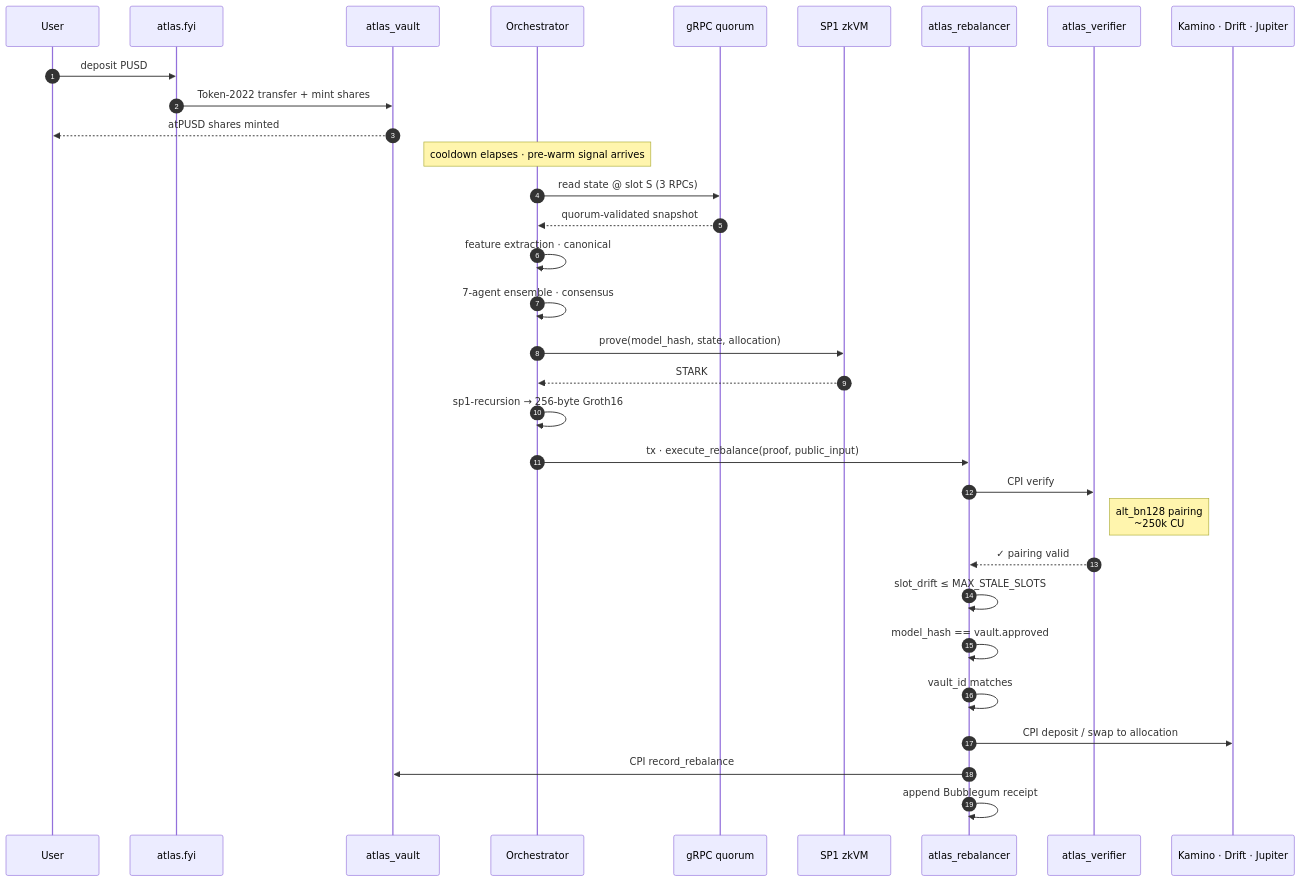
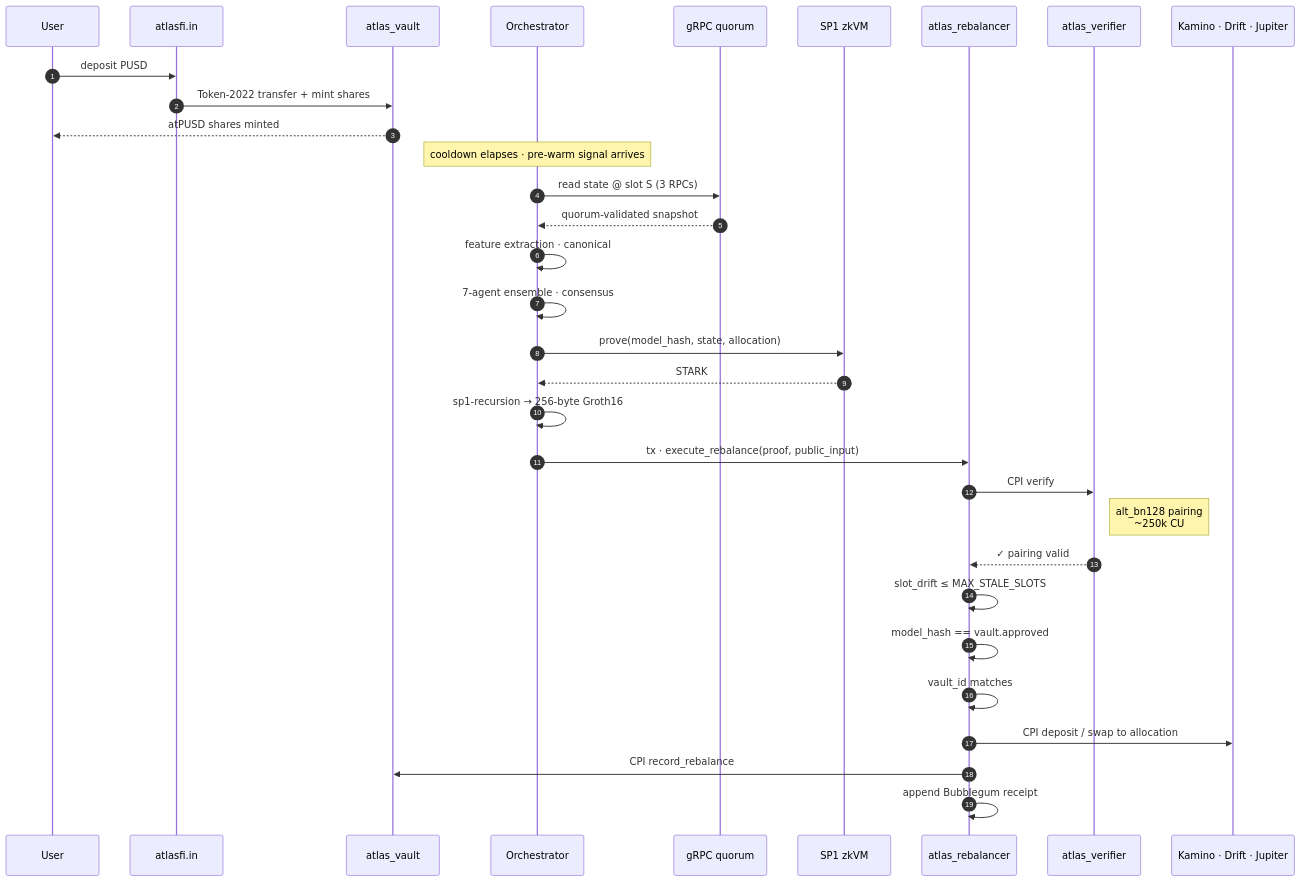
One commit to Sushant6095/Atlas-protocol-colosseum-solana changed the second of 7 diagrams in README.md. Above: the diagram before and after it, drawn with Mermaid. The commit also changed other lines of this file and 344 other files, not shown here.

````diff
--- a/README.md
+++ b/README.md
@@ -183,38 +183,38 @@
 ```mermaid
 sequenceDiagram
     autonumber
     participant U as User
-    participant W as atlas.fyi
+    participant W as atlasfi.in
     participant V as atlas_vault
     participant O as Orchestrator
     participant Q as gRPC quorum
     participant Z as SP1 zkVM
     participant R as atlas_rebalancer
     participant P as atlas_verifier
     participant K as Kamino · Drift · Jupiter
 
     U->>W: deposit PUSD
     W->>V: Token-2022 transfer + mint shares
     V-->>U: atPUSD shares minted
 
     Note over O: cooldown elapses · pre-warm signal arrives
 
     O->>Q: read state @ slot S (3 RPCs)
     Q-->>O: quorum-validated snapshot
     O->>O: feature extraction · canonical
     O->>O: 7-agent ensemble · consensus
     O->>Z: prove(model_hash, state, allocation)
     Z-->>O: STARK
     O->>O: sp1-recursion → 256-byte Groth16
     O->>R: tx · execute_rebalance(proof, public_input)
 
     R->>P: CPI verify
     Note right of P: alt_bn128 pairing<br/>~250k CU
     P-->>R: ✓ pairing valid
     R->>R: slot_drift ≤ MAX_STALE_SLOTS
     R->>R: model_hash == vault.approved
     R->>R: vault_id matches
     R->>K: CPI deposit / swap to allocation
     R->>V: CPI record_rebalance
     R->>R: append Bubblegum receipt
 ```
````
